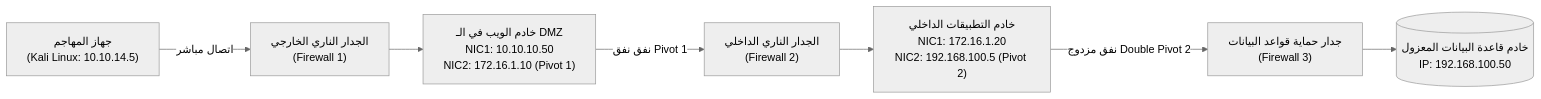
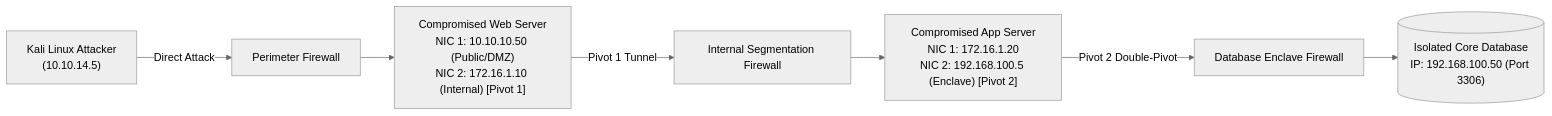
Before and after one commit to 3bdo-fathi/3bdo-fathi.github.io: the first of 3 diagrams in _posts/2026-11-12-ecppt-v3-part-6-lateral-movement-and-pivoting.md, drawn with Mermaid (neutral theme). The commit also changed other lines of this file and 11 other files, not shown here.

````diff
--- a/_posts/2026-11-12-ecppt-v3-part-6-lateral-movement-and-pivoting.md
+++ b/_posts/2026-11-12-ecppt-v3-part-6-lateral-movement-and-pivoting.md
@@ -47,17 +48,17 @@
 ```mermaid
 flowchart LR
-    Attacker["جهاز المهاجم<br/>(Kali Linux: 10.10.14.5)"]
-    Firewall1["الجدار الناري الخارجي<br/>(Firewall 1)"]
-    DMZ["خادم الويب في الـ DMZ<br/>NIC1: 10.10.10.50<br/>NIC2: 172.16.1.10 (Pivot 1)"]
-    Firewall2["الجدار الناري الداخلي<br/>(Firewall 2)"]
-    InternalServer["خادم التطبيقات الداخلي<br/>NIC1: 172.16.1.20<br/>NIC2: 192.168.100.5 (Pivot 2)"]
-    Firewall3["جدار حماية قواعد البيانات<br/>(Firewall 3)"]
-    DBServer[("خادم قاعدة البيانات المعزول<br/>IP: 192.168.100.50")]
+    Attacker["Kali Linux Attacker<br/>(10.10.14.5)"]
+    Firewall1["Perimeter Firewall"]
+    DMZ["Compromised Web Server<br/>NIC 1: 10.10.10.50 (Public/DMZ)<br/>NIC 2: 172.16.1.10 (Internal) [Pivot 1]"]
+    Firewall2["Internal Segmentation Firewall"]
+    InternalServer["Compromised App Server<br/>NIC 1: 172.16.1.20<br/>NIC 2: 192.168.100.5 (Enclave) [Pivot 2]"]
+    Firewall3["Database Enclave Firewall"]
+    DBServer[("Isolated Core Database<br/>IP: 192.168.100.50 (Port 3306)")]
 
-    Attacker -->|اتصال مباشر| Firewall1
+    Attacker -->|Direct Attack| Firewall1
     Firewall1 --> DMZ
-    DMZ -->|نفق نفق Pivot 1| Firewall2
+    DMZ -->|Pivot 1 Tunnel| Firewall2
     Firewall2 --> InternalServer
-    InternalServer -->|نفق مزدوج Double Pivot 2| Firewall3
+    InternalServer -->|Pivot 2 Double-Pivot| Firewall3
     Firewall3 --> DBServer
 ```
````
